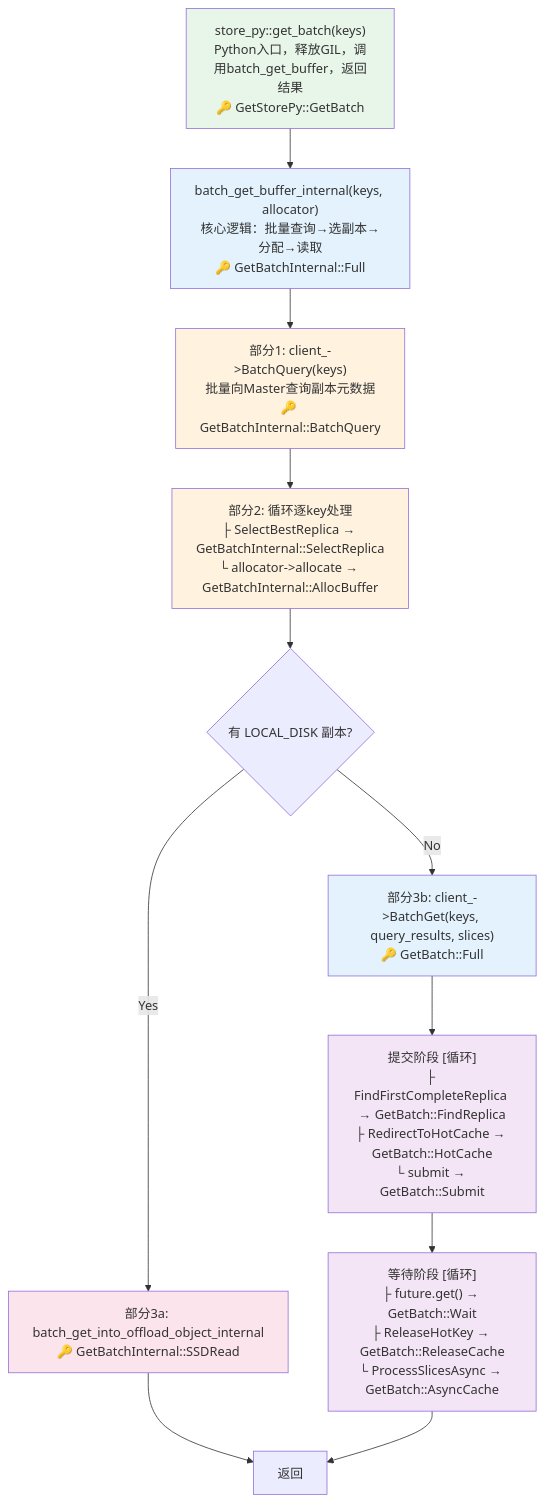
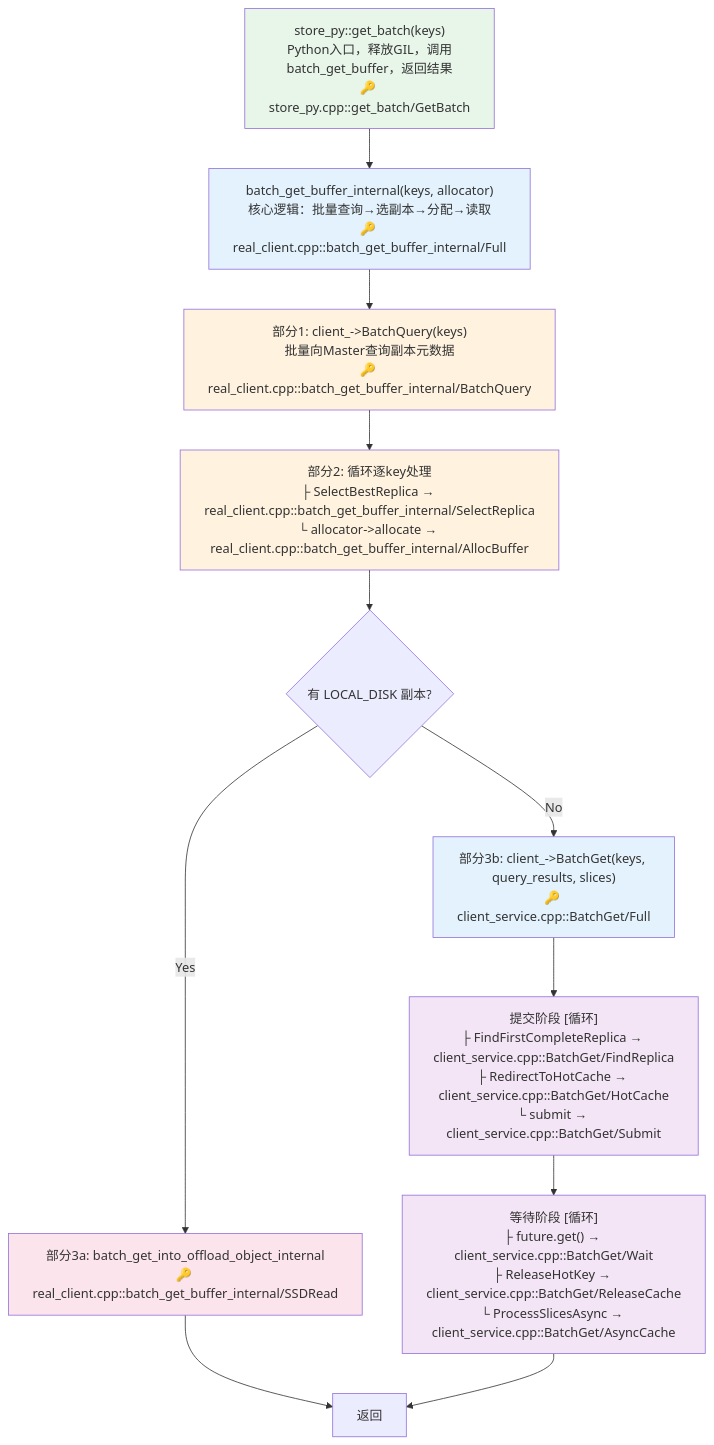
Before and after one commit to LinQuickDev/Mooncake: the second of 4 diagrams in docs/yh/pipline.md, drawn with Mermaid. The commit also changed other lines of this file and 5 other files, not shown here.

````diff
--- a/docs/yh/pipline.md
+++ b/docs/yh/pipline.md
@@ -45,28 +45,28 @@
 ```mermaid
 flowchart TB
-    Start["store_py::get_batch(keys)<br/>Python入口，释放GIL，调用batch_get_buffer，返回结果<br/>🔑 GetStorePy::GetBatch"] --> Internal["batch_get_buffer_internal(keys, allocator)<br/>核心逻辑：批量查询→选副本→分配→读取<br/>🔑 GetBatchInternal::Full"]
+    Start["store_py::get_batch(keys)<br/>Python入口，释放GIL，调用batch_get_buffer，返回结果<br/>🔑 store_py.cpp::get_batch/GetBatch"] --> Internal["batch_get_buffer_internal(keys, allocator)<br/>核心逻辑：批量查询→选副本→分配→读取<br/>🔑 real_client.cpp::batch_get_buffer_internal/Full"]
 
-    Internal --> QueryPart["部分1: client_->BatchQuery(keys)<br/>批量向Master查询副本元数据<br/>🔑 GetBatchInternal::BatchQuery"]
-    QueryPart --> LoopPart["部分2: 循环逐key处理<br/>├ SelectBestReplica → GetBatchInternal::SelectReplica<br/>└ allocator->allocate → GetBatchInternal::AllocBuffer"]
+    Internal --> QueryPart["部分1: client_->BatchQuery(keys)<br/>批量向Master查询副本元数据<br/>🔑 real_client.cpp::batch_get_buffer_internal/BatchQuery"]
+    QueryPart --> LoopPart["部分2: 循环逐key处理<br/>├ SelectBestReplica → real_client.cpp::batch_get_buffer_internal/SelectReplica<br/>└ allocator->allocate → real_client.cpp::batch_get_buffer_internal/AllocBuffer"]
 
     LoopPart --> CheckDisk{有 LOCAL_DISK 副本?}
 
-    CheckDisk -->|Yes| SSDPart["部分3a: batch_get_into_offload_object_internal<br/>🔑 GetBatchInternal::SSDRead"]
+    CheckDisk -->|Yes| SSDPart["部分3a: batch_get_into_offload_object_internal<br/>🔑 real_client.cpp::batch_get_buffer_internal/SSDRead"]
 
-    CheckDisk -->|No| BatchGetPart["部分3b: client_->BatchGet(keys, query_results, slices)<br/>🔑 GetBatch::Full"]
+    CheckDisk -->|No| BatchGetPart["部分3b: client_->BatchGet(keys, query_results, slices)<br/>🔑 client_service.cpp::BatchGet/Full"]
 
-    BatchGetPart --> SubmitLoop["提交阶段 [循环]<br/>├ FindFirstCompleteReplica → GetBatch::FindReplica<br/>├ RedirectToHotCache → GetBatch::HotCache<br/>└ submit → GetBatch::Submit"]
-    SubmitLoop --> WaitLoop["等待阶段 [循环]<br/>├ future.get() → GetBatch::Wait<br/>├ ReleaseHotKey → GetBatch::ReleaseCache<br/>└ ProcessSlicesAsync → GetBatch::AsyncCache"]
+    BatchGetPart --> SubmitLoop["提交阶段 [循环]<br/>├ FindFirstCompleteReplica → client_service.cpp::BatchGet/FindReplica<br/>├ RedirectToHotCache → client_service.cpp::BatchGet/HotCache<br/>└ submit → client_service.cpp::BatchGet/Submit"]
+    SubmitLoop --> WaitLoop["等待阶段 [循环]<br/>├ future.get() → client_service.cpp::BatchGet/Wait<br/>├ ReleaseHotKey → client_service.cpp::BatchGet/ReleaseCache<br/>└ ProcessSlicesAsync → client_service.cpp::BatchGet/AsyncCache"]
 
     SSDPart --> Done["返回"]
     WaitLoop --> Done
 
     style Start fill:#e8f5e9
     style Internal fill:#e3f2fd
     style QueryPart fill:#fff3e0
     style LoopPart fill:#fff3e0
     style SSDPart fill:#fce4ec
     style BatchGetPart fill:#e3f2fd
     style SubmitLoop fill:#f3e5f5
     style WaitLoop fill:#f3e5f5
 ```
````
